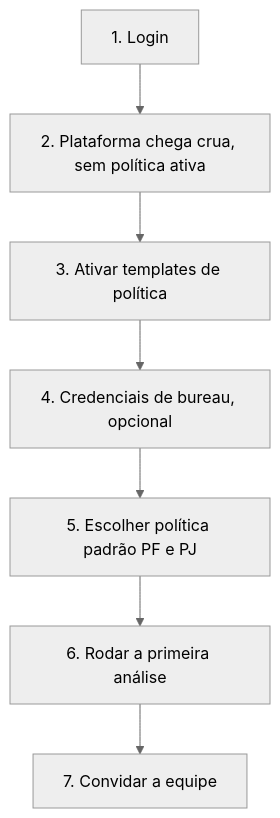
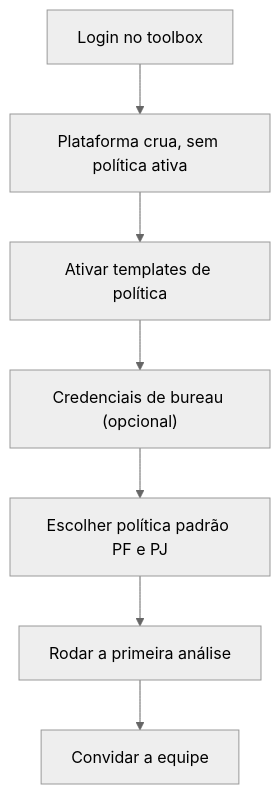
One commit to gyramais/gyra-mintlify-api-docs changed the diagram in toolbox/primeiro-acesso.mdx. Above: the diagram before and after it, drawn with Mermaid (neutral theme). The commit also changed 26 other files, not shown here.

````diff
--- a/toolbox/primeiro-acesso.mdx
+++ b/toolbox/primeiro-acesso.mdx
@@ -19,9 +19,9 @@
 ```mermaid
 flowchart TD
-  A["1. Login"] --> B["2. Plataforma chega crua, sem política ativa"]
-  B --> C["3. Ativar templates de política"]
-  C --> D["4. Credenciais de bureau, opcional"]
-  D --> E["5. Escolher política padrão PF e PJ"]
-  E --> F["6. Rodar a primeira análise"]
-  F --> G["7. Convidar a equipe"]
+  A["Login no toolbox"] --> B["Plataforma crua, sem política ativa"]
+  B --> C["Ativar templates de política"]
+  C --> D["Credenciais de bureau (opcional)"]
+  D --> E["Escolher política padrão PF e PJ"]
+  E --> F["Rodar a primeira análise"]
+  F --> G["Convidar a equipe"]
 ```
````
